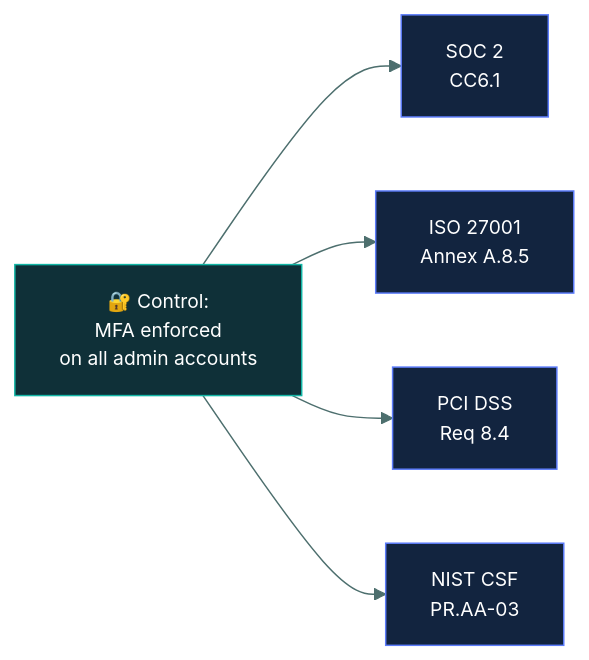
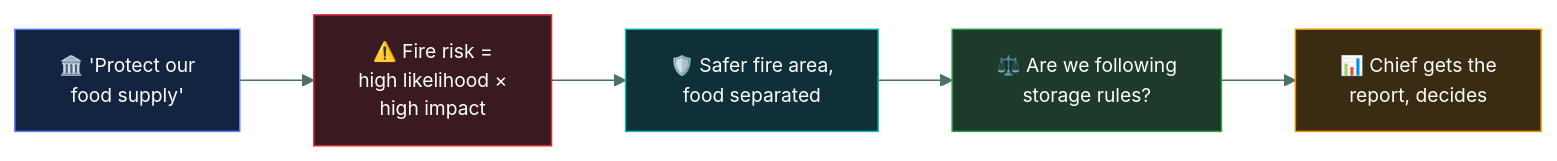
One commit to tarunTejaDesireddy/cc-exam-prep changed the third of 4 diagrams in 02-security-governance/grc-fundamentals/README.md. Above: the diagram before and after it, drawn with Mermaid. The commit also changed other lines of this file and 1 other file, not shown here.

First line of the commit message:
Rewrite GRC Fundamentals with the tribe governance/risk/compliance walkthrough

````diff
--- a/02-security-governance/grc-fundamentals/README.md
+++ b/02-security-governance/grc-fundamentals/README.md
@@ -99,14 +195,14 @@
 ```mermaid
-%%{init: {'theme':'base','themeVariables':{'fontSize':'13px','lineColor':'#4d6f6e','textColor':'#dbe7e6'}}}%%
+%%{init: {'theme':'base','themeVariables':{'fontFamily':'Segoe UI, Helvetica Neue, Arial, sans-serif','fontSize':'13px','lineColor':'#4d6f6e','textColor':'#dbe7e6'}}}%%
 flowchart LR
-    C["🔐 Control:<br/>MFA enforced<br/>on all admin accounts"] --> S["SOC 2<br/>CC6.1"]
-    C --> I["ISO 27001<br/>Annex A.8.5"]
-    C --> P["PCI DSS<br/>Req 8.4"]
-    C --> N["NIST CSF<br/>PR.AA-03"]
+    G["🏛️ 'Protect our<br/>food supply'"] --> R["⚠️ Fire risk =<br/>high likelihood ×<br/>high impact"]
+    R --> T["🛡️ Safer fire area,<br/>food separated"]
+    T --> C["⚖️ Are we following<br/>storage rules?"]
+    C --> RE["📊 Chief gets the<br/>report, decides"]
 
-    style C fill:#0f3038,stroke:#12B5A5,color:#fff
-    style S fill:#12243f,stroke:#5C7CFA,color:#fff
-    style I fill:#12243f,stroke:#5C7CFA,color:#fff
-    style P fill:#12243f,stroke:#5C7CFA,color:#fff
-    style N fill:#12243f,stroke:#5C7CFA,color:#fff
+    style G fill:#12243f,stroke:#5C7CFA,color:#fff
+    style R fill:#3a1a20,stroke:#E03131,color:#fff
+    style T fill:#0f3038,stroke:#12B5A5,color:#fff
+    style C fill:#1d3a2a,stroke:#2F9E44,color:#fff
+    style RE fill:#3a2c12,stroke:#F08C00,color:#fff
 ```
````
